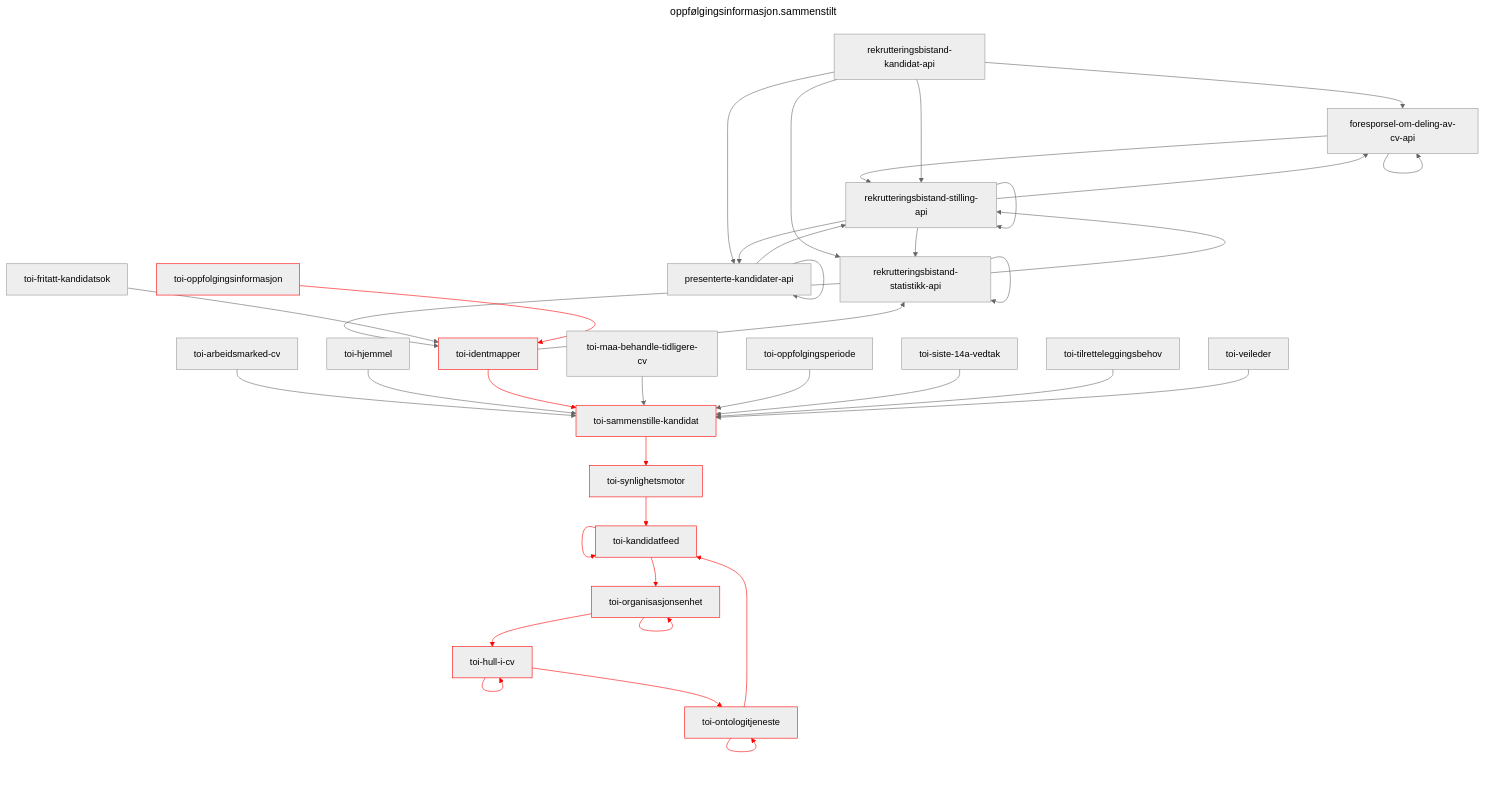
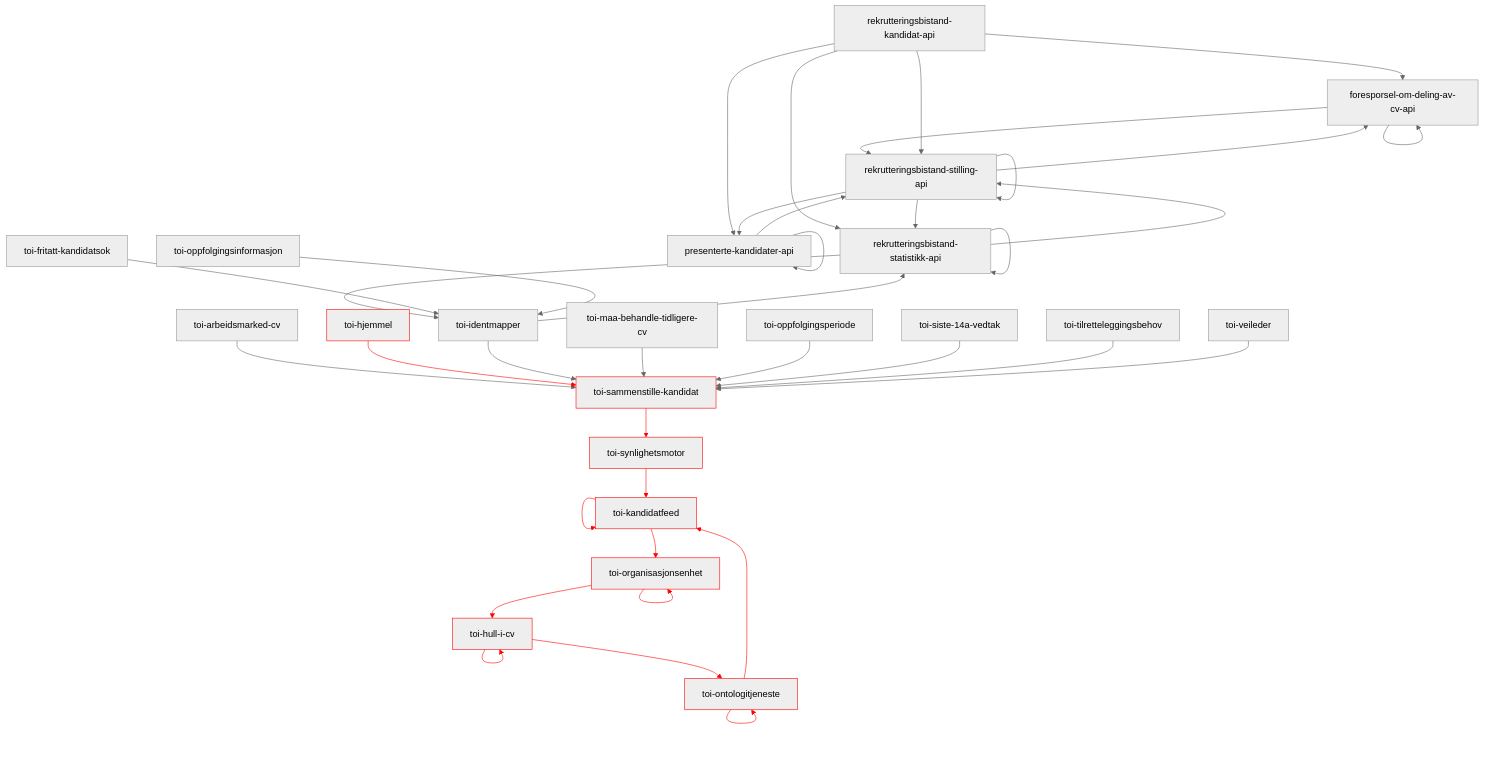
One commit to navikt/toi-rapids-and-rivers-grapher changed the ninth of 34 diagrams in README.md. Above: the diagram before and after it, drawn with Mermaid (neutral theme). The commit also changed other lines of this file, not shown here.

Commit message:
Oppdater Mermaid utskrift

````diff
--- a/README.md
+++ b/README.md
@@ -268,45 +344,42 @@
 ```mermaid
----
-title: oppfølgingsinformasjon.sammenstilt
----
 graph TD;
 foresporsel-om-deling-av-cv-api --> foresporsel-om-deling-av-cv-api;
 foresporsel-om-deling-av-cv-api --> rekrutteringsbistand-stilling-api;
 presenterte-kandidater-api --> presenterte-kandidater-api;
 presenterte-kandidater-api --> rekrutteringsbistand-stilling-api;
 rekrutteringsbistand-kandidat-api --> foresporsel-om-deling-av-cv-api;
 rekrutteringsbistand-kandidat-api --> presenterte-kandidater-api;
 rekrutteringsbistand-kandidat-api --> rekrutteringsbistand-statistikk-api;
 rekrutteringsbistand-kandidat-api --> rekrutteringsbistand-stilling-api;
 rekrutteringsbistand-statistikk-api --> rekrutteringsbistand-statistikk-api;
 rekrutteringsbistand-statistikk-api --> rekrutteringsbistand-stilling-api;
 rekrutteringsbistand-statistikk-api --> toi-identmapper;
 rekrutteringsbistand-stilling-api --> foresporsel-om-deling-av-cv-api;
 rekrutteringsbistand-stilling-api --> presenterte-kandidater-api;
 rekrutteringsbistand-stilling-api --> rekrutteringsbistand-statistikk-api;
 rekrutteringsbistand-stilling-api --> rekrutteringsbistand-stilling-api;
 toi-arbeidsmarked-cv --> toi-sammenstille-kandidat;
 toi-fritatt-kandidatsok --> toi-identmapper;
-toi-hjemmel --> toi-sammenstille-kandidat;
+toi-hjemmel:::x --> toi-sammenstille-kandidat:::x;
 toi-hull-i-cv:::x --> toi-hull-i-cv:::x;
 toi-hull-i-cv:::x --> toi-ontologitjeneste:::x;
 toi-identmapper --> rekrutteringsbistand-statistikk-api;
-toi-identmapper:::x --> toi-sammenstille-kandidat:::x;
+toi-identmapper --> toi-sammenstille-kandidat;
 toi-kandidatfeed:::x --> toi-kandidatfeed:::x;
 toi-kandidatfeed:::x --> toi-organisasjonsenhet:::x;
 toi-maa-behandle-tidligere-cv --> toi-sammenstille-kandidat;
 toi-ontologitjeneste:::x --> toi-kandidatfeed:::x;
 toi-ontologitjeneste:::x --> toi-ontologitjeneste:::x;
-toi-oppfolgingsinformasjon:::x --> toi-identmapper:::x;
+toi-oppfolgingsinformasjon --> toi-identmapper;
 toi-oppfolgingsperiode --> toi-sammenstille-kandidat;
 toi-organisasjonsenhet:::x --> toi-hull-i-cv:::x;
 toi-organisasjonsenhet:::x --> toi-organisasjonsenhet:::x;
 toi-sammenstille-kandidat:::x --> toi-synlighetsmotor:::x;
 toi-siste-14a-vedtak --> toi-sammenstille-kandidat;
 toi-synlighetsmotor:::x --> toi-kandidatfeed:::x;
 toi-tilretteleggingsbehov --> toi-sammenstille-kandidat;
 toi-veileder --> toi-sammenstille-kandidat;
 
-linkStyle 18,19,21,22,23,25,26,27,29,30,31,33 stroke:red;
+linkStyle 17,18,19,22,23,25,26,29,30,31,33 stroke:red;
 classDef x stroke: red;
 ```
````
